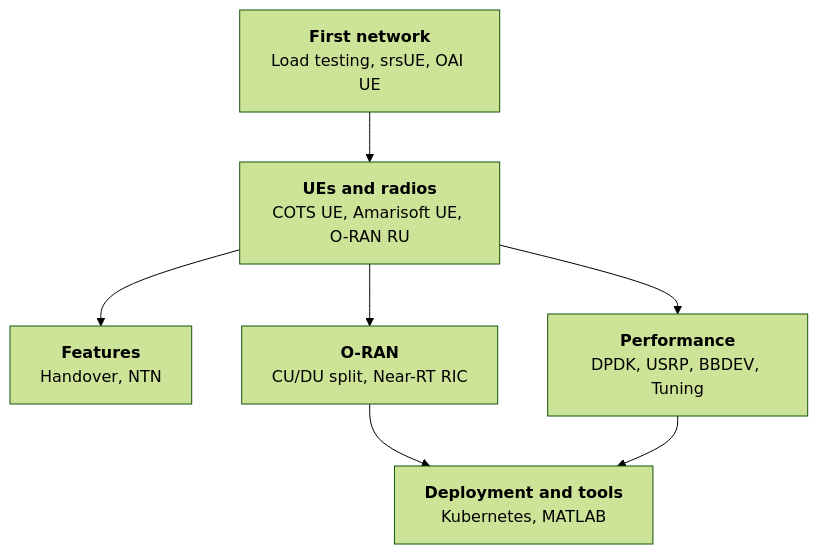
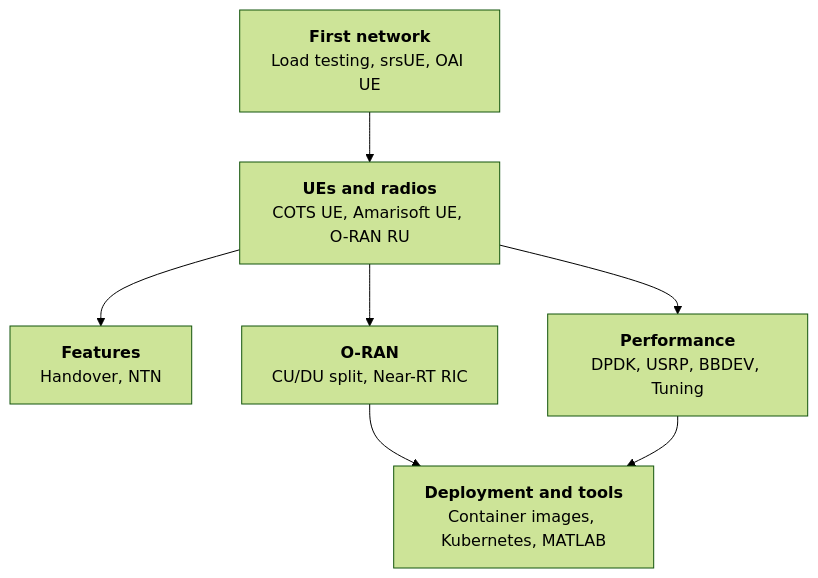
Before and after one commit to ocudu/ocudu_docs: the diagram in docs/tutorials/index.md, drawn with Mermaid (forest theme). The commit also changed other lines of this file and 3 other files, not shown here.

````diff
--- a/docs/tutorials/index.md
+++ b/docs/tutorials/index.md
@@ -28,15 +28,15 @@
 ```mermaid
 flowchart TD
     FN["`**First network**
 Load testing, srsUE, OAI UE`"] --> UR["`**UEs and radios**
 COTS UE, Amarisoft UE, O-RAN RU`"]
     UR --> FE["`**Features**
 Handover, NTN`"]
     UR --> PE["`**Performance**
 DPDK, USRP, BBDEV, Tuning`"]
     UR --> OR["`**O-RAN**
 CU/DU split, Near-RT RIC`"]
     OR --> DT["`**Deployment and tools**
-Kubernetes, MATLAB`"]
+Container images, Kubernetes, MATLAB`"]
     PE --> DT
 ```
````
